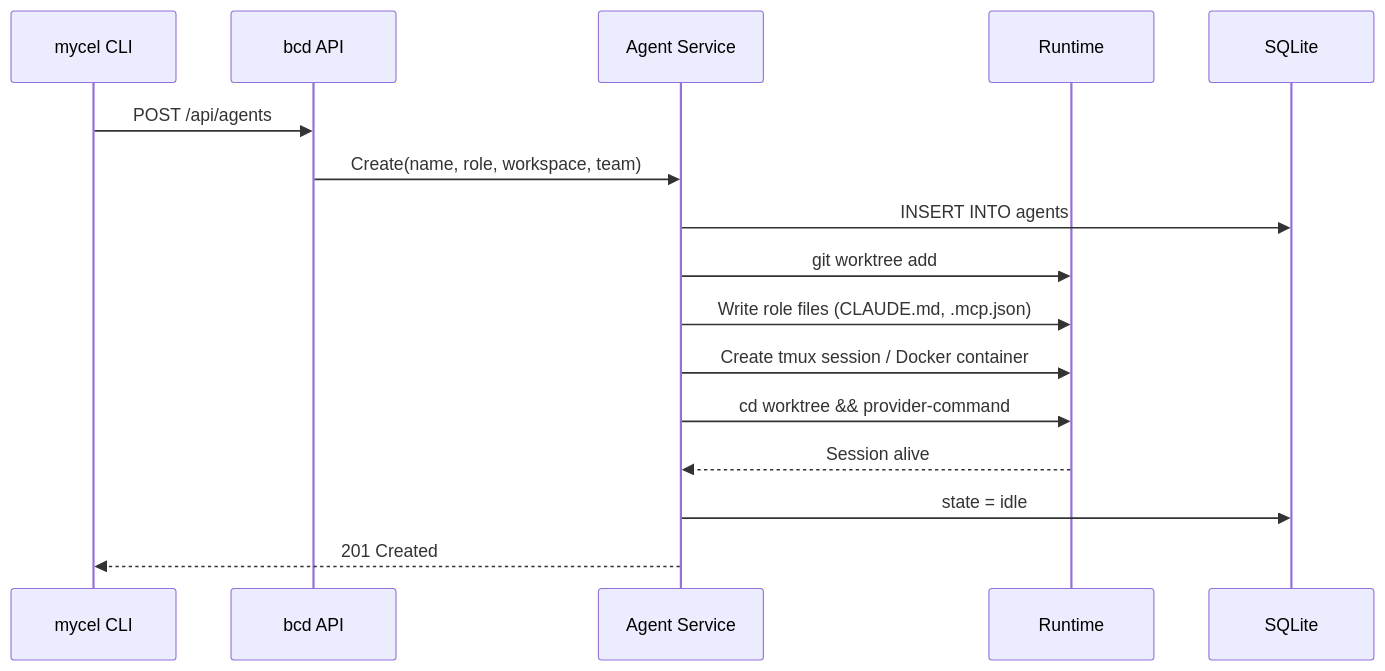
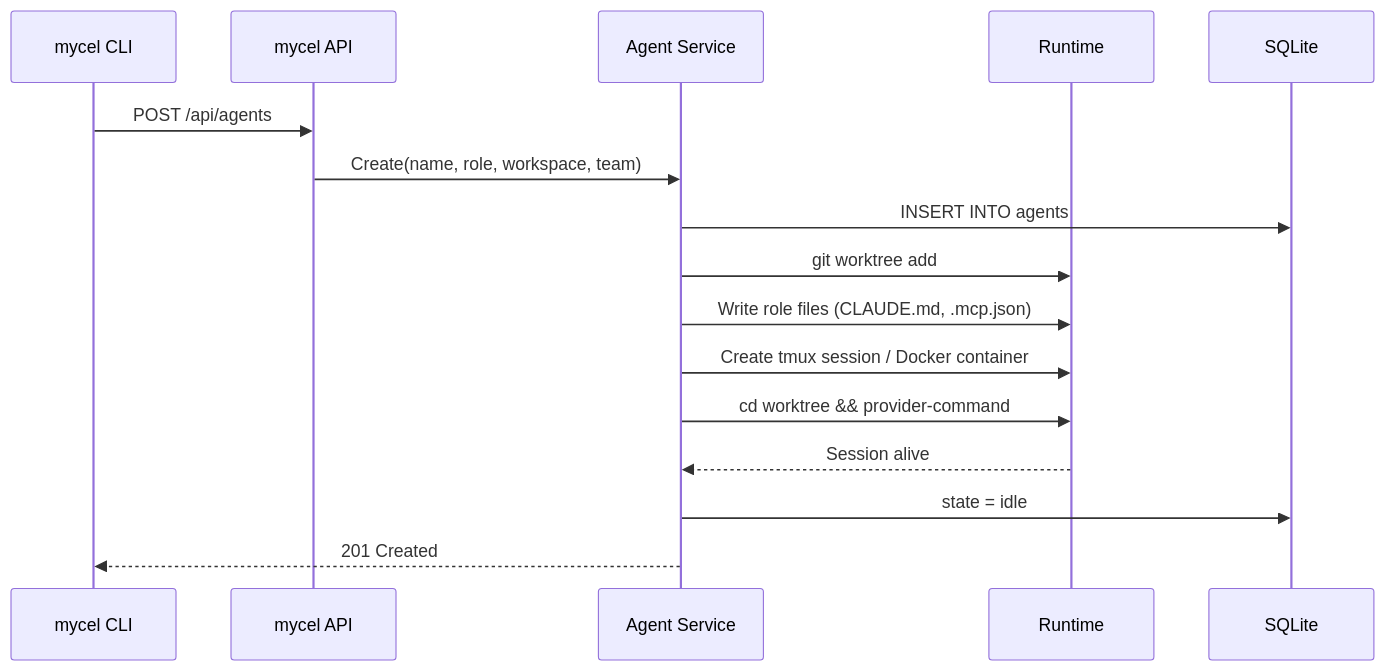
The third of 5 diagrams in docs/overview.md (rpuneet/bc), drawn with Mermaid before and after one commit. The commit also changed other lines of this file and 6 other files, not shown here.

First line of the commit message:
docs(architecture): accuracy pass over security, networking, agents, ADRs, ci-cd, overview, notifications (#3251 part B)

````diff
--- a/docs/overview.md
+++ b/docs/overview.md
@@ -207,19 +210,19 @@
 ```mermaid
 sequenceDiagram
     participant CLI as mycel CLI
-    participant API as bcd API
+    participant API as mycel API
     participant Svc as Agent Service
     participant RT as Runtime
     participant DB as SQLite
 
     CLI->>API: POST /api/agents
     API->>Svc: Create(name, role, workspace, team)
     Svc->>DB: INSERT INTO agents
     Svc->>RT: git worktree add
     Svc->>RT: Write role files (CLAUDE.md, .mcp.json)
     Svc->>RT: Create tmux session / Docker container
     Svc->>RT: cd worktree && provider-command
     RT-->>Svc: Session alive
     Svc->>DB: state = idle
     Svc-->>CLI: 201 Created
 ```
````
